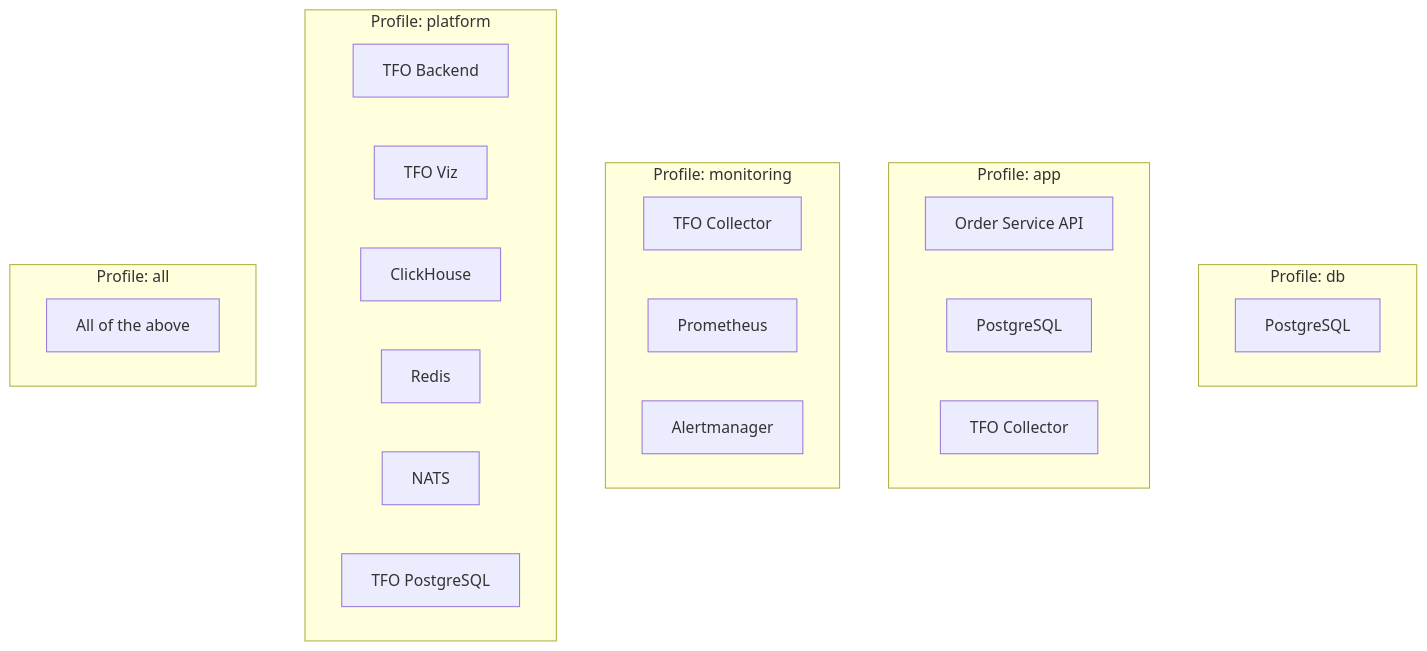
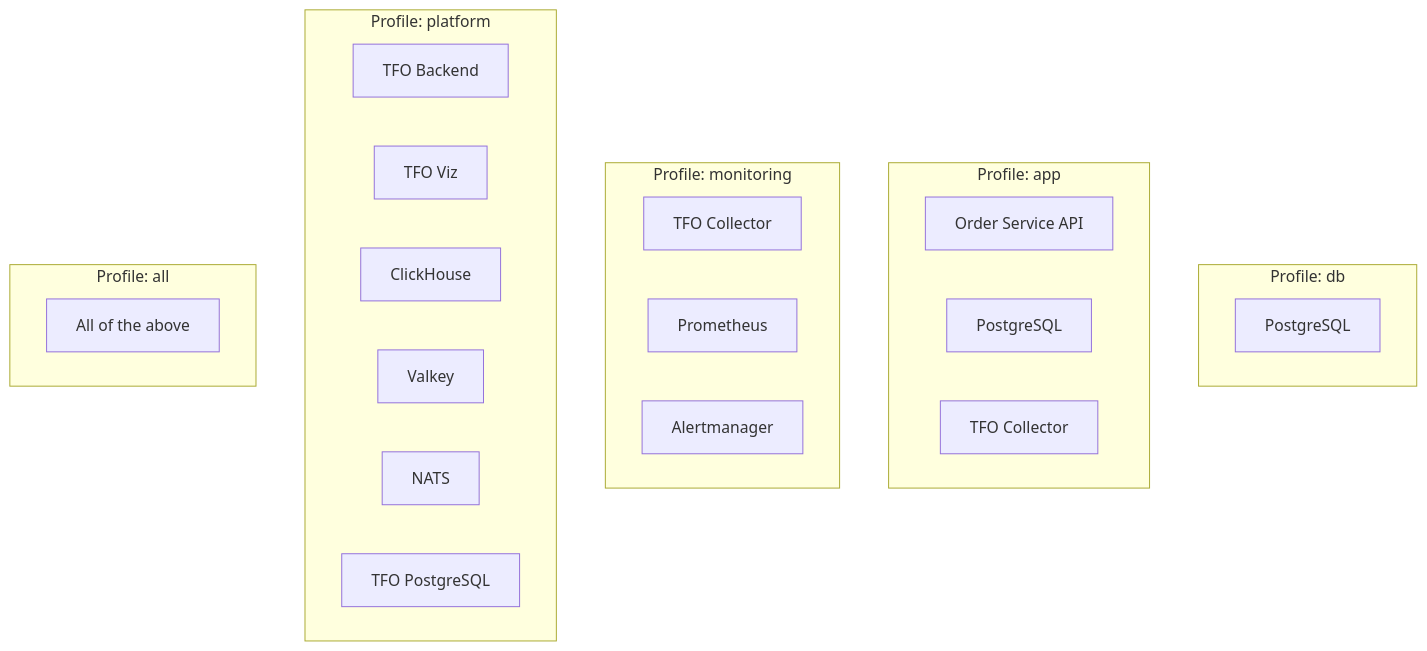
One commit to telemetryflow/demo-kiro-sdd changed the first of 3 diagrams in docs/wiki/Docker-Compose.md. Above: the diagram before and after it, drawn with Mermaid. The commit also changed other lines of this file and 5 other files, not shown here.

First line of the commit message:
feat(infra): replace Redis with Valkey and bump containers to latest

````diff
--- a/docs/wiki/Docker-Compose.md
+++ b/docs/wiki/Docker-Compose.md
@@ -15,31 +15,31 @@
 ```mermaid
 graph TB
     subgraph "Profile: db"
         PG1["PostgreSQL"]
     end
 
     subgraph "Profile: app"
         API["Order Service API"]
         PG2["PostgreSQL"]
         COL1["TFO Collector"]
     end
 
     subgraph "Profile: monitoring"
         COL2["TFO Collector"]
         PROM["Prometheus"]
         AM["Alertmanager"]
     end
 
     subgraph "Profile: platform"
         BACKEND["TFO Backend"]
         VIZ["TFO Viz"]
         CH["ClickHouse"]
-        REDIS["Redis"]
+        VALKEY["Valkey"]
         NATS["NATS"]
         PG3["TFO PostgreSQL"]
     end
 
     subgraph "Profile: all"
         ALL["All of the above"]
     end
 ```
````
